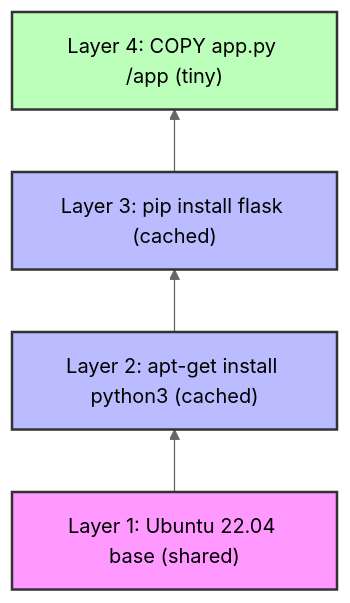
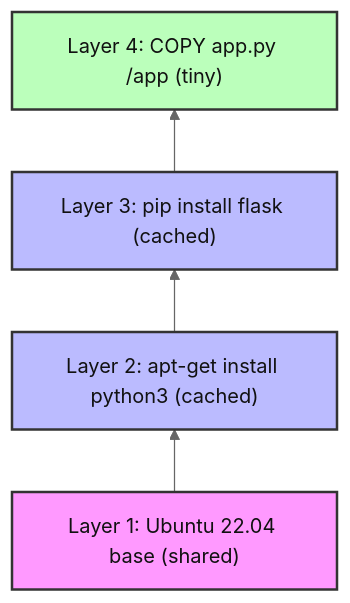
One commit to kube-dojo/kube-dojo.github.io changed the fourth of 5 diagrams in src/content/docs/prerequisites/cloud-native-101/module-1.1-what-are-containers.md. Above: the diagram before and after it, drawn with Mermaid (neutral theme). The commit also changed other lines of this file and 16 other files, not shown here.

Commit message:
fix(content): complete English diagram foregrounds (#3446)

````diff
--- a/src/content/docs/prerequisites/cloud-native-101/module-1.1-what-are-containers.md
+++ b/src/content/docs/prerequisites/cloud-native-101/module-1.1-what-are-containers.md
@@ -202,16 +202,16 @@
 ```mermaid
 flowchart BT
     L1["Layer 1: Ubuntu 22.04 base (shared)"]
     L2["Layer 2: apt-get install python3 (cached)"]
     L3["Layer 3: pip install flask (cached)"]
     L4["Layer 4: COPY app.py /app (tiny)"]
 
     L1 --> L2
     L2 --> L3
     L3 --> L4
     
-    style L1 fill:#f9f,stroke:#333,stroke-width:2px
-    style L2 fill:#bbf,stroke:#333,stroke-width:2px
-    style L3 fill:#bbf,stroke:#333,stroke-width:2px
-    style L4 fill:#bfb,stroke:#333,stroke-width:2px
+    style L1 fill:#f9f,stroke:#333,stroke-width:2px,color:#111
+    style L2 fill:#bbf,stroke:#333,stroke-width:2px,color:#111
+    style L3 fill:#bbf,stroke:#333,stroke-width:2px,color:#111
+    style L4 fill:#bfb,stroke:#333,stroke-width:2px,color:#111
 ```
````
